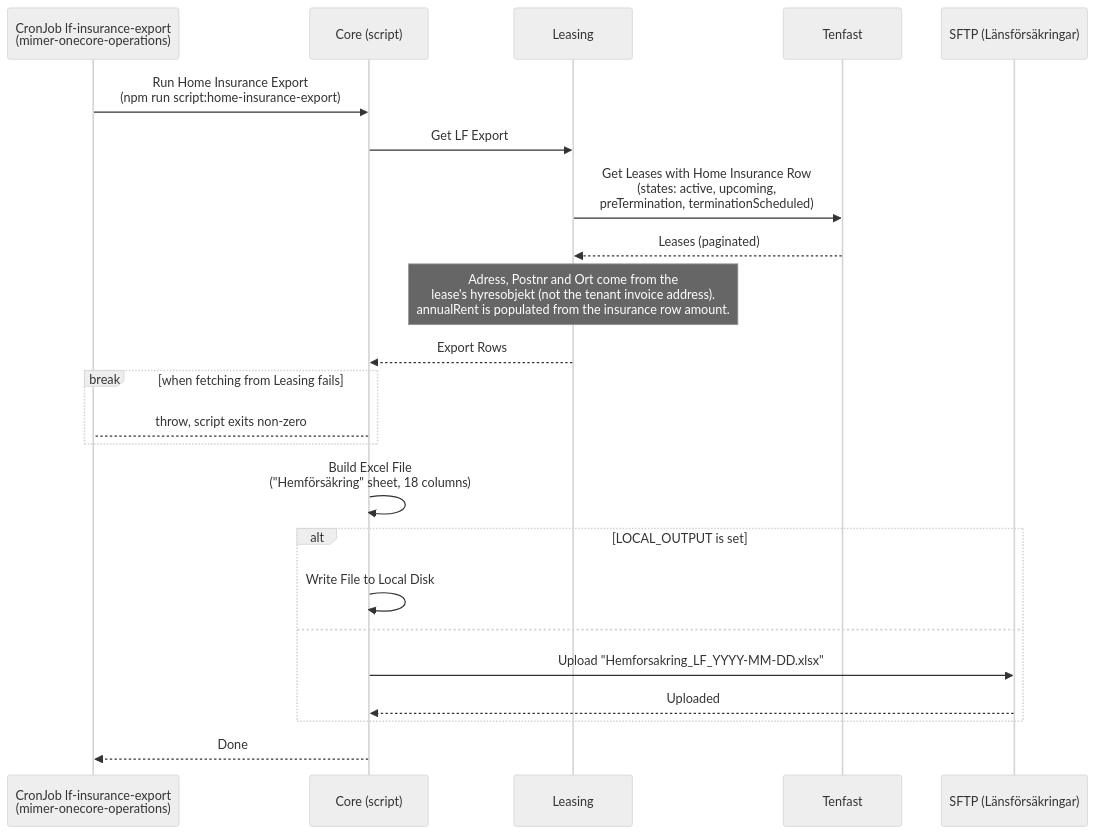
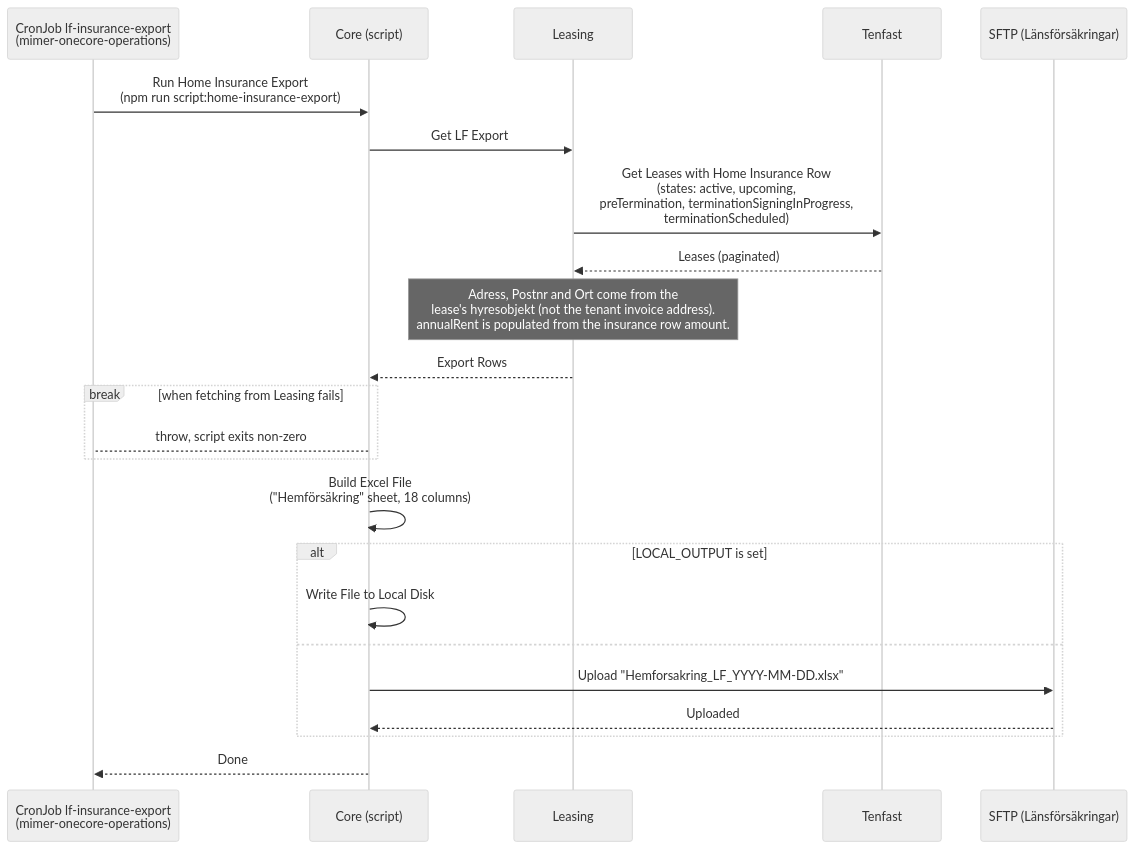
The second of 2 diagrams in core/src/processes/homeinsurance/DOCS_Export_Home_Insurance_to_Lansforsakringar.md (Bostads-AB-Mimer/onecore), drawn with Mermaid (neutral theme) before and after one commit. The commit also changed other lines of this file and 11 other files, not shown here.

````diff
--- a/core/src/processes/homeinsurance/DOCS_Export_Home_Insurance_to_Lansforsakringar.md
+++ b/core/src/processes/homeinsurance/DOCS_Export_Home_Insurance_to_Lansforsakringar.md
@@ -29,32 +29,32 @@
 ```mermaid
 sequenceDiagram
     participant CronJob as CronJob lf-insurance-export<br/>(mimer-onecore-operations)
     participant Core as Core (script)
     participant Leasing as Leasing
     participant Tenfast as Tenfast
     participant SFTP as SFTP (Länsförsäkringar)
 
     CronJob ->> Core: Run Home Insurance Export<br/>(npm run script:home-insurance-export)
 
     Core ->> Leasing: Get LF Export
-    Leasing ->> Tenfast: Get Leases with Home Insurance Row<br/>(states: active, upcoming,<br/>preTermination, terminationScheduled)
+    Leasing ->> Tenfast: Get Leases with Home Insurance Row<br/>(states: active, upcoming,<br/>preTermination, terminationSigningInProgress,<br/>terminationScheduled)
     Tenfast -->> Leasing: Leases (paginated)
     note over Leasing: Adress, Postnr and Ort come from the<br/>lease's hyresobjekt (not the tenant invoice address).<br/>annualRent is populated from the insurance row amount.
     Leasing -->> Core: Export Rows
 
     break when fetching from Leasing fails
         Core-->CronJob: throw, script exits non-zero
     end
 
     Core ->> Core: Build Excel File<br/>("Hemförsäkring" sheet, 18 columns)
 
     alt LOCAL_OUTPUT is set
         Core ->> Core: Write File to Local Disk
     else
         Core ->> SFTP: Upload "Hemforsakring_LF_YYYY-MM-DD.xlsx"
         SFTP -->> Core: Uploaded
     end
 
     Core -->> CronJob: Done
 
 ```
````
